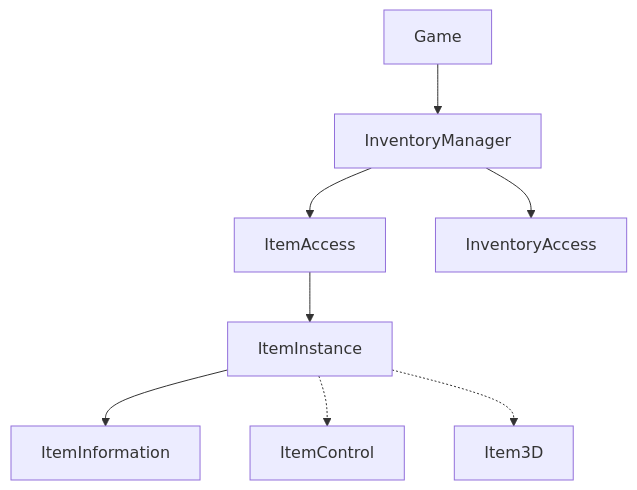
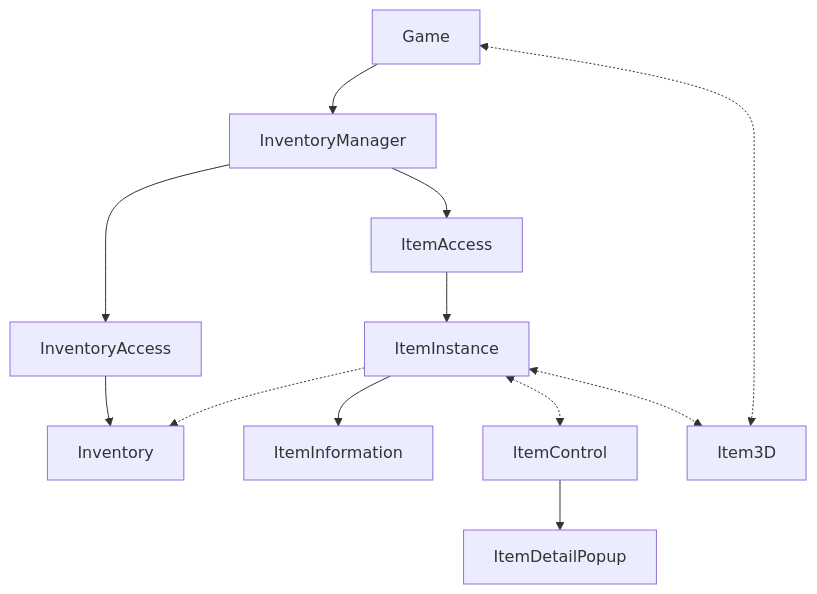
One commit to Menacing/unnamed-extraction-shooter-roguelike changed the diagram in docs/item_system.md. Above: the diagram before and after it, drawn with Mermaid.

````diff
--- a/docs/item_system.md
+++ b/docs/item_system.md
@@ -8,10 +8,14 @@
 ```mermaid
 graph TB
     Game-->InventoryManager;
     InventoryManager-->ItemAccess;
     InventoryManager-->InventoryAccess;
+    InventoryAccess-->Inventory;
     ItemAccess-->ItemInstance;
     ItemInstance-->ItemInformation;
-    ItemInstance-.->ItemControl;
-    ItemInstance-.->Item3D;
+    ItemInstance<-.->ItemControl;
+    ItemInstance<-.->Item3D;
+    ItemInstance-.->Inventory;
+    Item3D<-.->Game;
+    ItemControl-->ItemDetailPopup;
 ```
````
